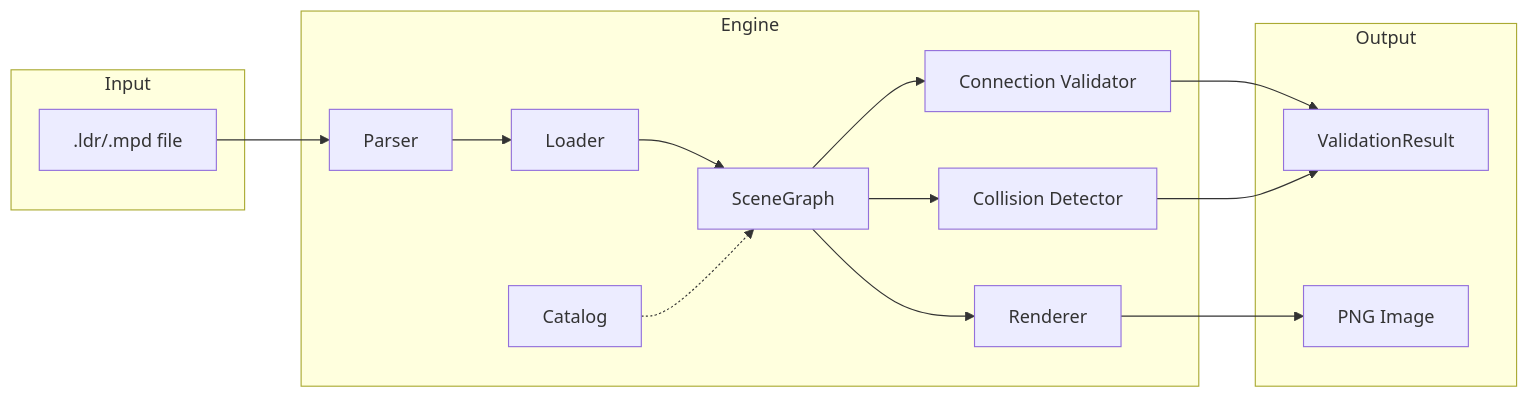
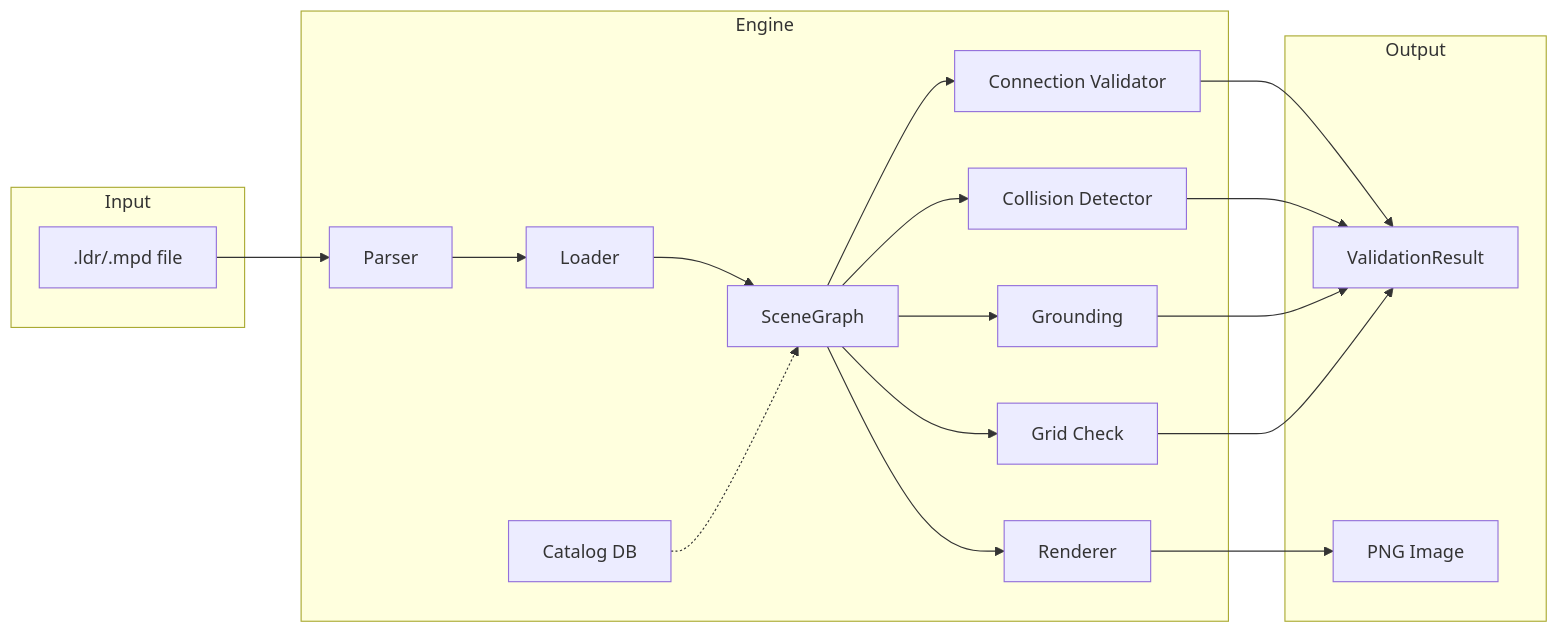
The second of 4 diagrams in docs/architecture.md (ffollett/ldraw-validator), drawn with Mermaid before and after one commit. The commit also changed other lines of this file and 3 other files, not shown here.

````diff
--- a/docs/architecture.md
+++ b/docs/architecture.md
@@ -7,25 +60,29 @@
 ```mermaid
 flowchart LR
     subgraph Input
         LDR[".ldr/.mpd file"]
     end
 
     subgraph Engine
         P[Parser] --> L[Loader]
         L --> SG[SceneGraph]
         SG --> CON[Connection Validator]
         SG --> COL[Collision Detector]
+        SG --> GRD[Grounding]
+        SG --> CHK[Grid Check]
         SG --> R[Renderer]
-        CAT[Catalog] -.-> SG
+        CAT[Catalog DB] -.-> SG
     end
 
     subgraph Output
         VR[ValidationResult]
         IMG[PNG Image]
     end
 
     LDR --> P
     CON --> VR
     COL --> VR
+    GRD --> VR
+    CHK --> VR
     R --> IMG
 ```
````
